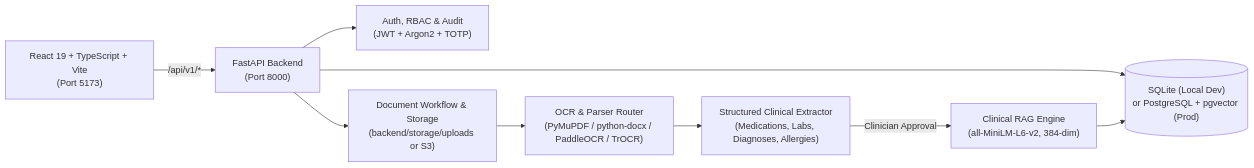
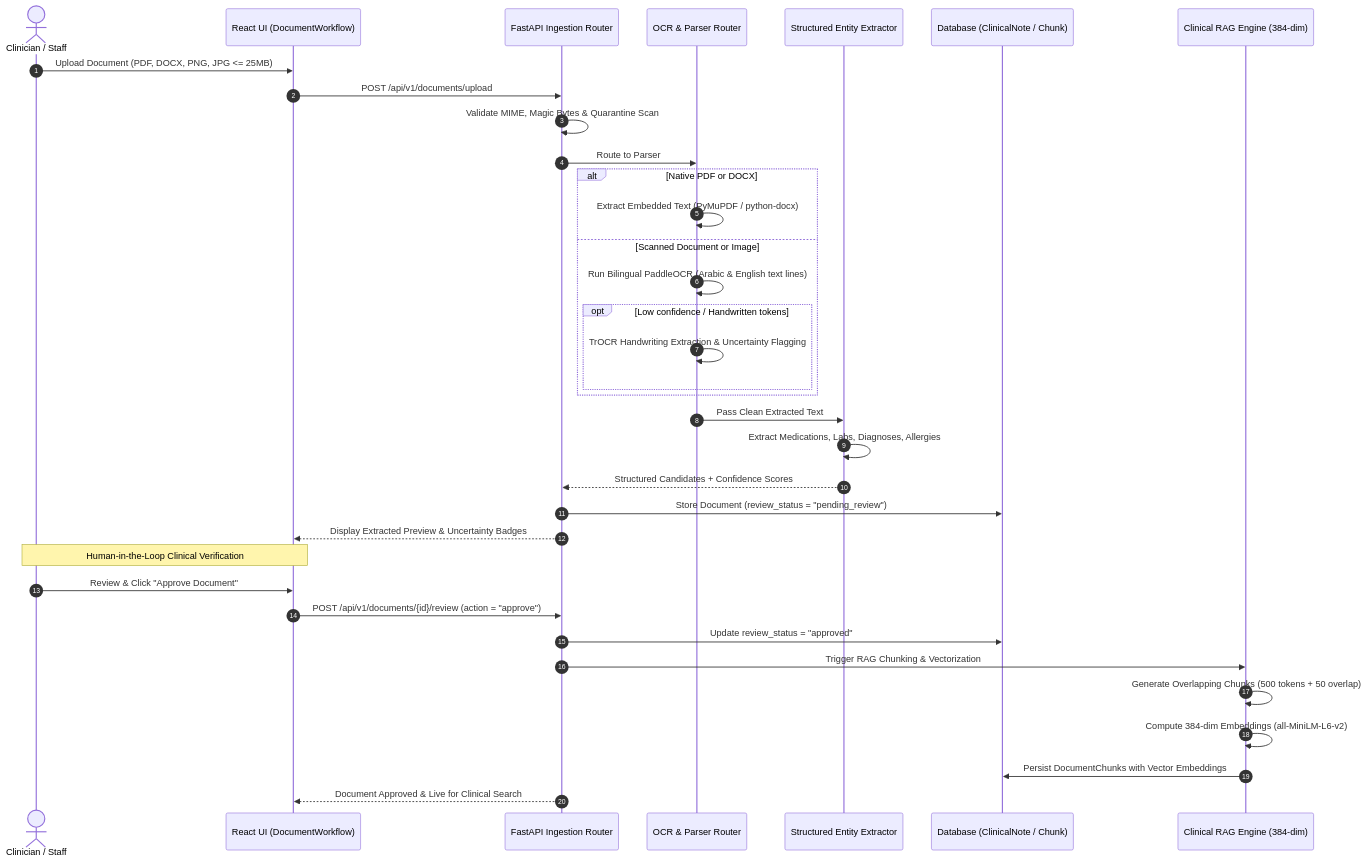
Before and after one commit to Ezatnasef/careos: the second of 3 diagrams in README.md, drawn with Mermaid. The commit also changed other lines of this file, not shown here.

Commit message:
docs: add complete system architecture diagrams and pipelines (Multi-tier, OCR/RAG, Voice Agent)

````diff
--- a/README.md
+++ b/README.md
@@ -23,11 +108,39 @@
 ```mermaid
-flowchart LR
-    UI["React 19 + TypeScript + Vite\n(Port 5173)"] -->|"/api/v1/*"| API["FastAPI Backend\n(Port 8000)"]
-    API --> AUTH["Auth, RBAC & Audit\n(JWT + Argon2 + TOTP)"]
-    API --> DOCS["Document Workflow & Storage\n(backend/storage/uploads or S3)"]
-    DOCS --> OCR["OCR & Parser Router\n(PyMuPDF / python-docx / PaddleOCR / TrOCR)"]
-    OCR --> STRUCT["Structured Clinical Extractor\n(Medications, Labs, Diagnoses, Allergies)"]
-    STRUCT -->|"Clinician Approval"| RAG["Clinical RAG Engine\n(all-MiniLM-L6-v2, 384-dim)"]
-    API --> DB[("SQLite (Local Dev)\nor PostgreSQL + pgvector (Prod)")]
-    RAG --> DB
+sequenceDiagram
+    autonumber
+    actor Clinician as Clinician / Staff
+    participant UI as React UI (DocumentWorkflow)
+    participant API as FastAPI Ingestion Router
+    participant OCR as OCR & Parser Router
+    participant Extractor as Structured Entity Extractor
+    participant DB as Database (ClinicalNote / Chunk)
+    participant RAG as Clinical RAG Engine (384-dim)
+
+    Clinician->>UI: Upload Document (PDF, DOCX, PNG, JPG <= 25MB)
+    UI->>API: POST /api/v1/documents/upload
+    API->>API: Validate MIME, Magic Bytes & Quarantine Scan
+    API->>OCR: Route to Parser
+    alt Native PDF or DOCX
+        OCR->>OCR: Extract Embedded Text (PyMuPDF / python-docx)
+    else Scanned Document or Image
+        OCR->>OCR: Run Bilingual PaddleOCR (Arabic & English text lines)
+        opt Low confidence / Handwritten tokens
+            OCR->>OCR: TrOCR Handwriting Extraction & Uncertainty Flagging
+        end
+    end
+    OCR->>Extractor: Pass Clean Extracted Text
+    Extractor->>Extractor: Extract Medications, Labs, Diagnoses, Allergies
+    Extractor-->>API: Structured Candidates + Confidence Scores
+    API->>DB: Store Document (review_status = "pending_review")
+    API-->>UI: Display Extracted Preview & Uncertainty Badges
+    
+    Note over Clinician,UI: Human-in-the-Loop Clinical Verification
+    Clinician->>UI: Review & Click "Approve Document"
+    UI->>API: POST /api/v1/documents/{id}/review (action = "approve")
+    API->>DB: Update review_status = "approved"
+    API->>RAG: Trigger RAG Chunking & Vectorization
+    RAG->>RAG: Generate Overlapping Chunks (500 tokens + 50 overlap)
+    RAG->>RAG: Compute 384-dim Embeddings (all-MiniLM-L6-v2)
+    RAG->>DB: Persist DocumentChunks with Vector Embeddings
+    API-->>UI: Document Approved & Live for Clinical Search
 ```
````
